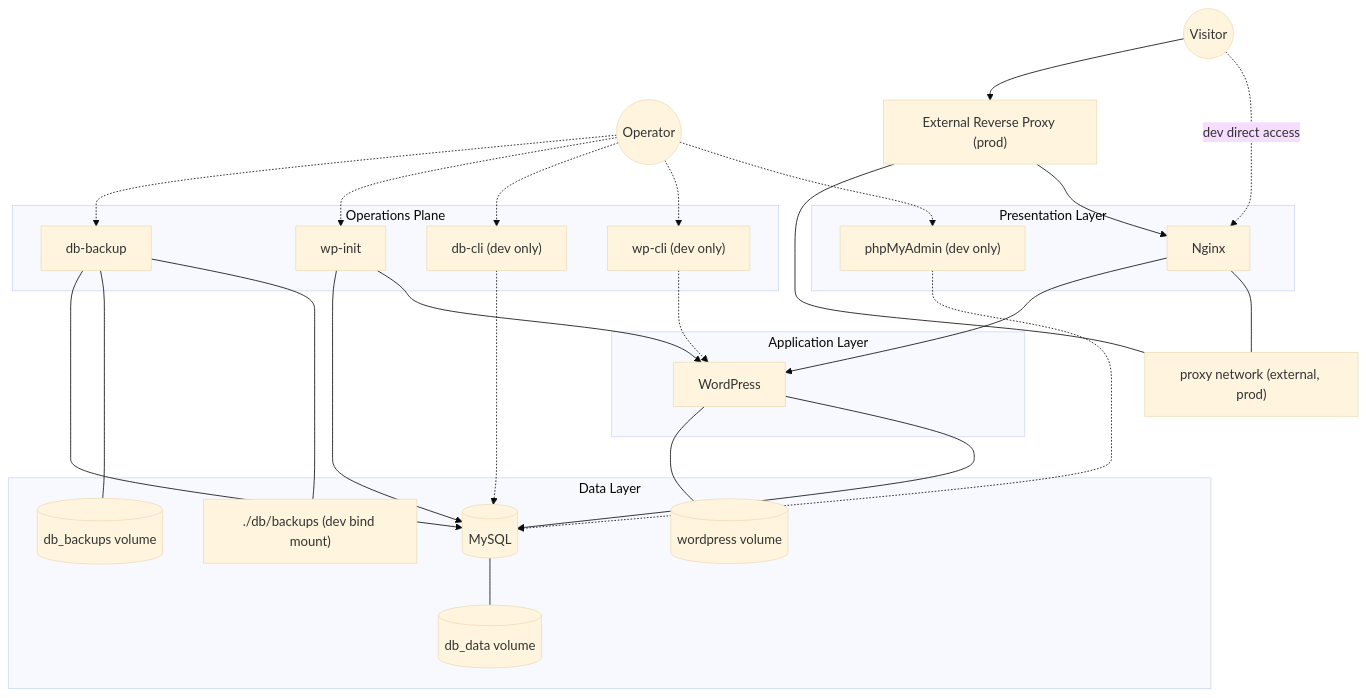
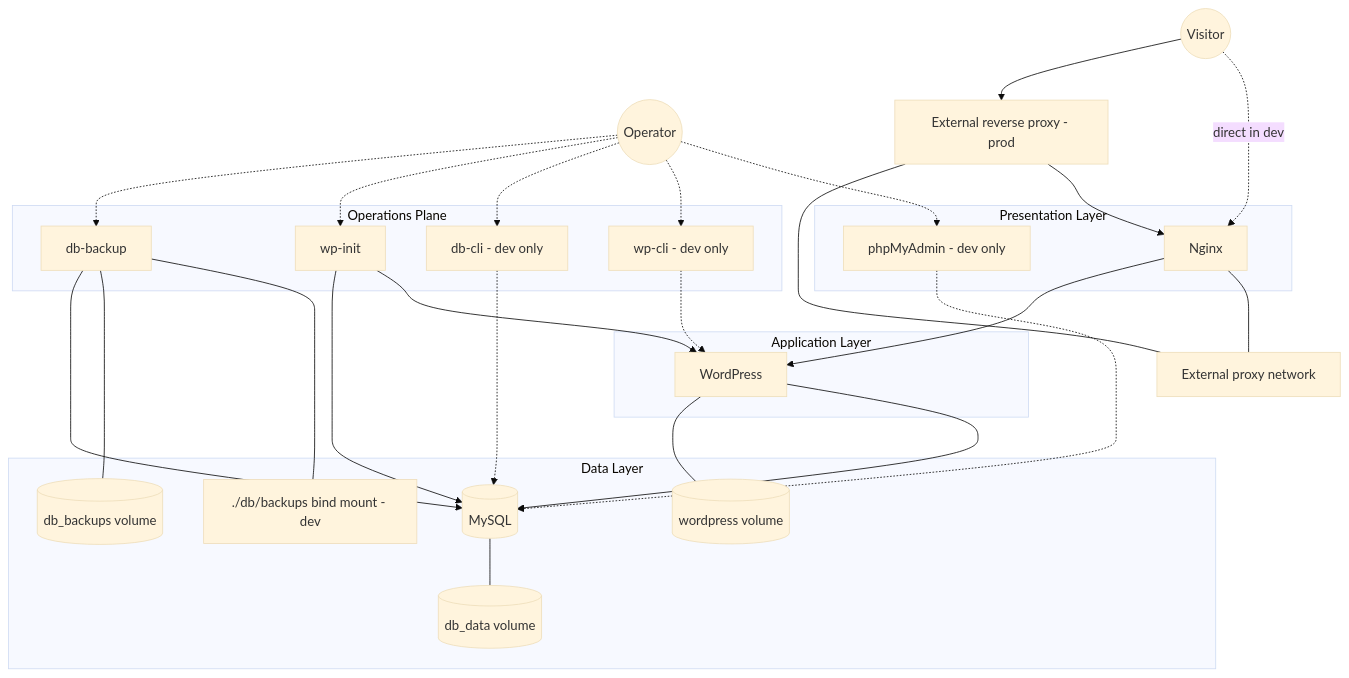
One commit to taygumus/wp-docker-stack changed the second of 2 diagrams in README.md. Above: the diagram before and after it, drawn with Mermaid (base theme). The commit also changed other lines of this file, not shown here.

````diff
--- a/README.md
+++ b/README.md
@@ -248,57 +229,57 @@
 ```mermaid
 flowchart TB
     Visitor((Visitor))
     Operator((Operator))
 
-    Proxy["External Reverse Proxy (prod)"]
-    ProxyNet["proxy network (external, prod)"]
+    Proxy["External reverse proxy - prod"]
+    ProxyNet["External proxy network"]
 
     subgraph Edge [Presentation Layer]
         Nginx[Nginx]
-        PMA["phpMyAdmin (dev only)"]
+        PMA["phpMyAdmin - dev only"]
     end
 
     subgraph App [Application Layer]
         WP[WordPress]
     end
 
     subgraph Data [Data Layer]
         DB[(MySQL)]
         V_DB[(db_data volume)]
         V_WP[(wordpress volume)]
-        V_BKP_DEV["./db/backups (dev bind mount)"]
+        V_BKP_DEV["./db/backups bind mount - dev"]
         V_BKP_PROD[(db_backups volume)]
     end
 
     subgraph Ops [Operations Plane]
         WP_INIT[wp-init]
         DB_BACKUP[db-backup]
-        WP_CLI["wp-cli (dev only)"]
-        DB_CLI["db-cli (dev only)"]
+        WP_CLI["wp-cli - dev only"]
+        DB_CLI["db-cli - dev only"]
     end
 
-    Visitor -. dev direct access .-> Nginx
+    Visitor -. direct in dev .-> Nginx
     Visitor --> Proxy --> Nginx
     Proxy --- ProxyNet
     Nginx --- ProxyNet
 
     Nginx --> WP --> DB
 
     DB --- V_DB
     WP --- V_WP
     DB_BACKUP --- V_BKP_DEV
     DB_BACKUP --- V_BKP_PROD
 
     PMA -.-> DB
     WP_INIT --> WP
     WP_INIT --> DB
     DB_BACKUP --> DB
     WP_CLI -.-> WP
     DB_CLI -.-> DB
 
     Operator -.-> PMA
     Operator -.-> WP_CLI
     Operator -.-> DB_CLI
     Operator -.-> WP_INIT
     Operator -.-> DB_BACKUP
 ```
````
